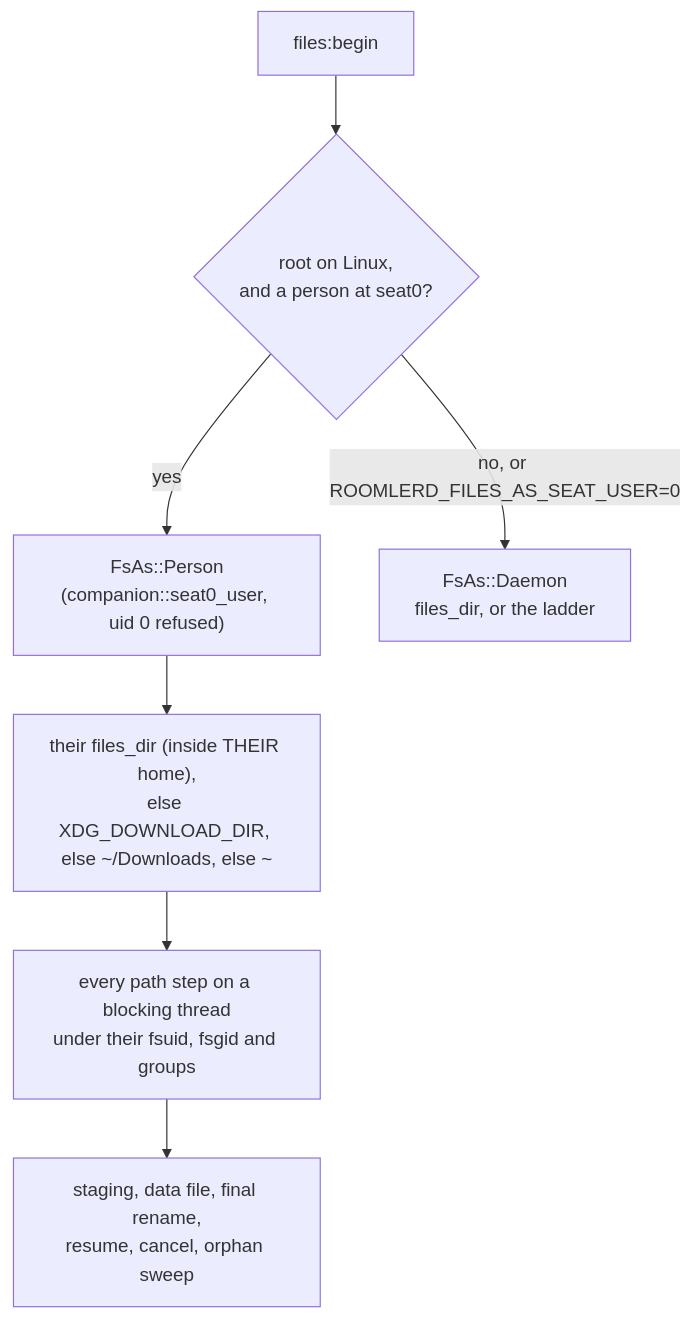
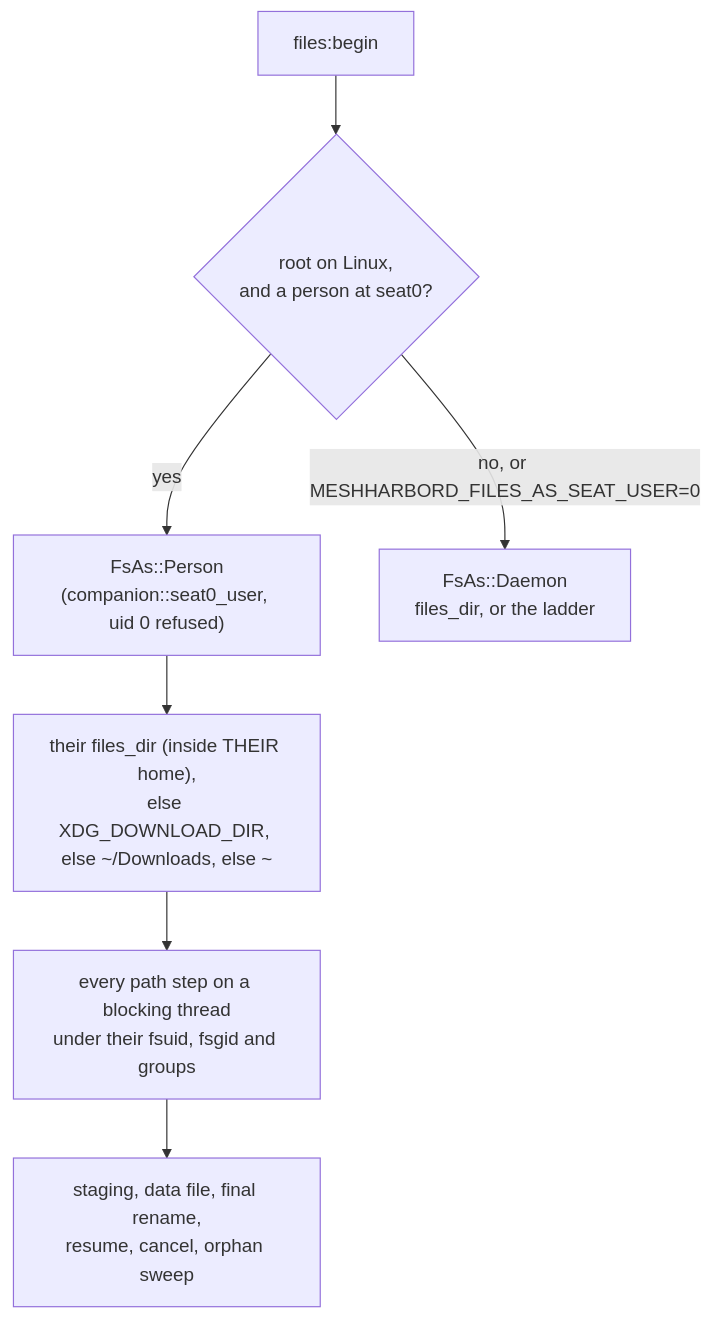
Before and after one commit to jk-zhang-meta/MeshHarbor: the seventh of 12 diagrams in docs/desktop-companion.md, drawn with Mermaid. The commit also changed other lines of this file and 730 other files, not shown here.

````diff
--- a/docs/desktop-companion.md
+++ b/docs/desktop-companion.md
@@ -448,9 +448,9 @@
 ```mermaid
 flowchart TD
     B["files:begin"] --> Q{"root on Linux,<br/>and a person at seat0?"}
     Q -- "yes" --> P["FsAs::Person<br/>(companion::seat0_user, uid 0 refused)"]
-    Q -- "no, or ROOMLERD_FILES_AS_SEAT_USER=0" --> D["FsAs::Daemon<br/>files_dir, or the ladder"]
+    Q -- "no, or MESHHARBORD_FILES_AS_SEAT_USER=0" --> D["FsAs::Daemon<br/>files_dir, or the ladder"]
     P --> F["their files_dir (inside THEIR home),<br/>else XDG_DOWNLOAD_DIR, else ~/Downloads, else ~"]
     F --> S["every path step on a blocking thread<br/>under their fsuid, fsgid and groups"]
     S --> R["staging, data file, final rename,<br/>resume, cancel, orphan sweep"]
 ```
````
